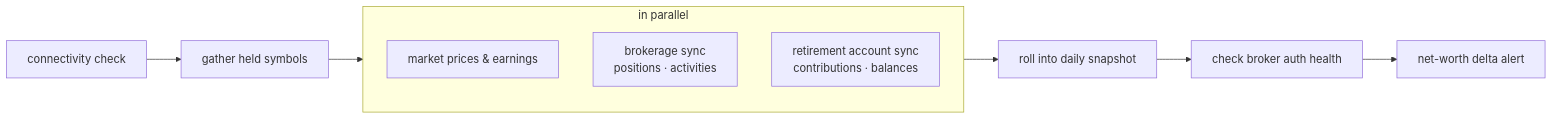
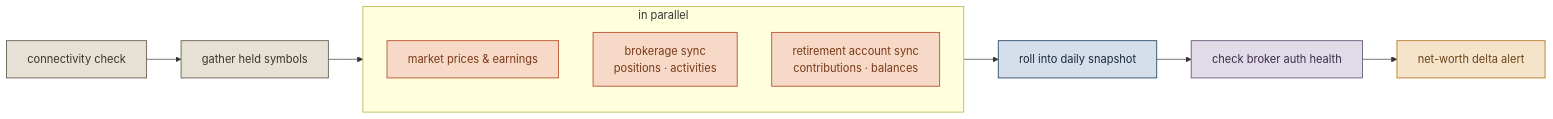
Before and after one commit to m-dur/docs: the third of 4 diagrams in README.md, drawn with Mermaid. The commit also changed other lines of this file, not shown here.

First line of the commit message:
Color-code diagrams semantically

````diff
--- a/README.md
+++ b/README.md
@@ -78,16 +104,29 @@
 ```mermaid
 flowchart LR
     CHK["connectivity check"]
     SYM["gather held symbols"]
     subgraph PAR["in parallel"]
         direction TB
         PRICES["market prices &amp; earnings"]
         BROKER["brokerage sync<br/>positions · activities"]
         RET["retirement account sync<br/>contributions · balances"]
     end
     SNAP["roll into daily snapshot"]
     TOKEN["check broker auth health"]
     NOTIF["net-worth delta alert"]
 
     CHK --> SYM --> PAR --> SNAP --> TOKEN --> NOTIF
+
+    classDef setupCls   fill:#e6e1d4,stroke:#6b6154,color:#3a342b,stroke-width:1.3px
+    classDef extCls     fill:#f7d9c7,stroke:#b8552e,color:#7a3818,stroke-width:1.3px
+    classDef processCls fill:#dae8dd,stroke:#2c5e3f,color:#1a3d28,stroke-width:1.3px
+    classDef storeCls   fill:#d5dfeb,stroke:#2d4a6b,color:#1a2838,stroke-width:1.3px
+    classDef securityCls fill:#e1dbe8,stroke:#6b5b7e,color:#3a2d48,stroke-width:1.3px
+    classDef notifCls   fill:#f5e3ca,stroke:#b87d2b,color:#6a441a,stroke-width:1.3px
+
+    class CHK,SYM setupCls
+    class PRICES,BROKER,RET extCls
+    class SNAP storeCls
+    class TOKEN securityCls
+    class NOTIF notifCls
 ```
````
